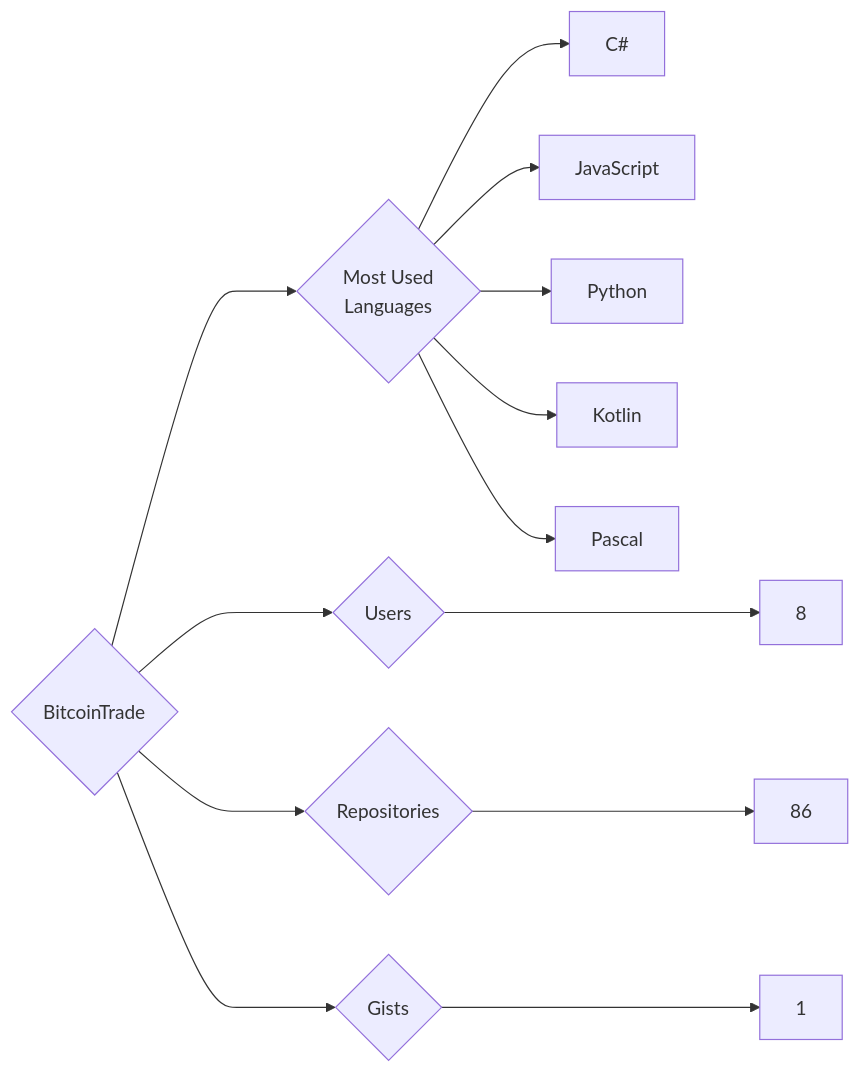
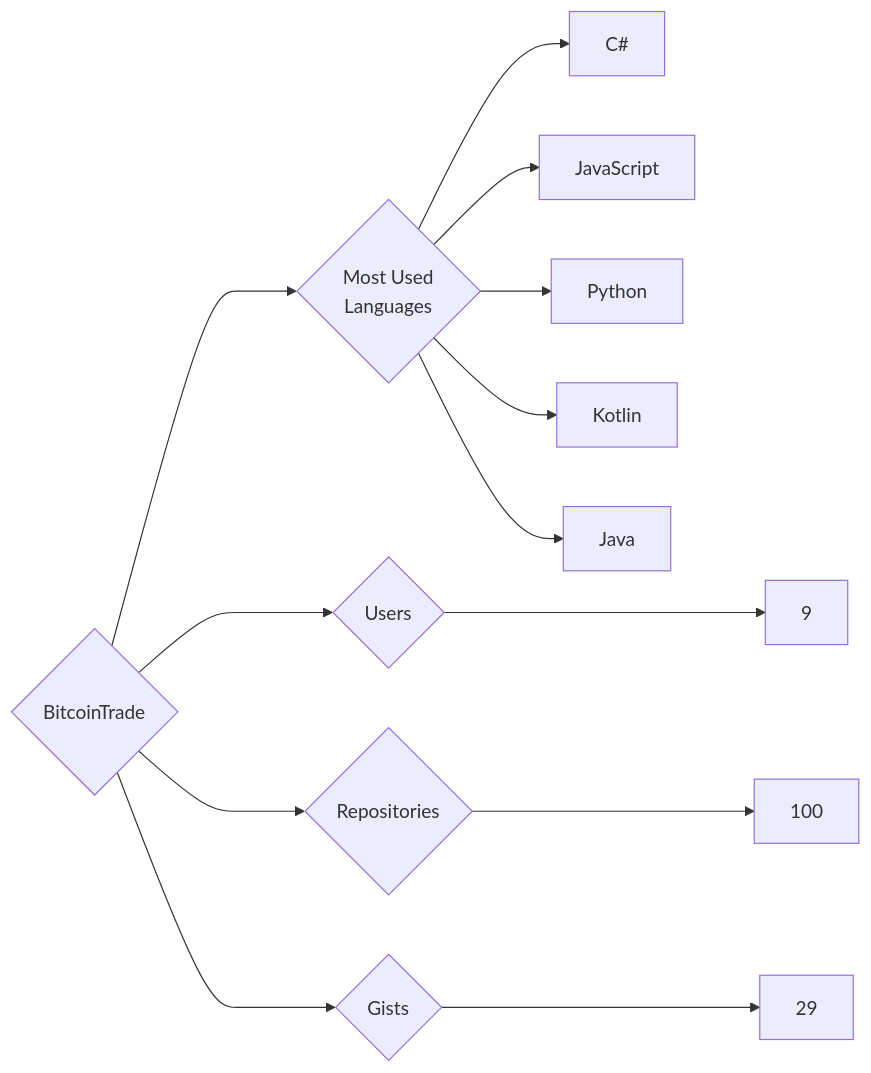
One commit to trickest/insiders changed the diagram in targets/BitcoinTrade/README.md. Above: the diagram before and after it, drawn with Mermaid. The commit also changed 1089 other files, not shown here.

````diff
--- a/targets/BitcoinTrade/README.md
+++ b/targets/BitcoinTrade/README.md
@@ -3,13 +3,13 @@
 ```mermaid
 graph LR
 COMPANY_NAME{BitcoinTrade}
-COMPANY_NAME ---> U{Users} ---> UN[8]
-COMPANY_NAME ---> R{Repositories} ---> RN[86]
-COMPANY_NAME ---> G{Gists} ---> GN[1]
+COMPANY_NAME ---> U{Users} ---> UN[9]
+COMPANY_NAME ---> R{Repositories} ---> RN[100]
+COMPANY_NAME ---> G{Gists} ---> GN[29]
 COMPANY_NAME ---> ML{Most Used<br>Languages}
 ML --> C#[C#]
 ML --> JavaScript[JavaScript]
 ML --> Python[Python]
 ML --> Kotlin[Kotlin]
-ML --> Pascal[Pascal]
+ML --> Java[Java]
 ```
````
